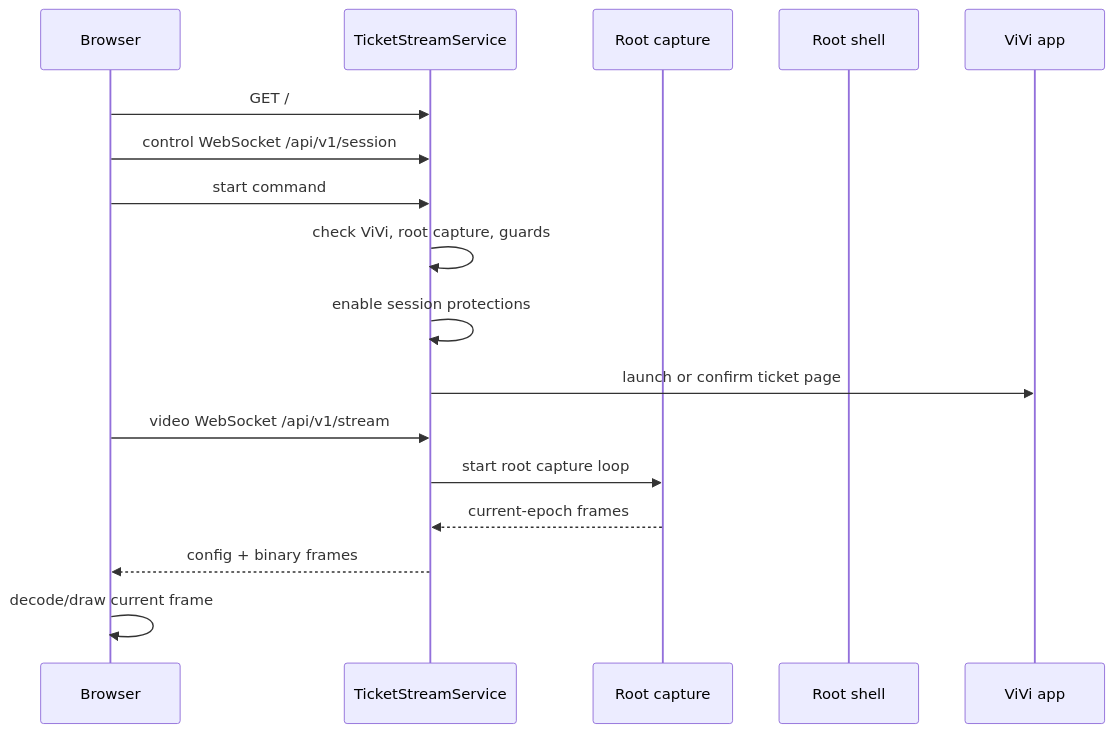
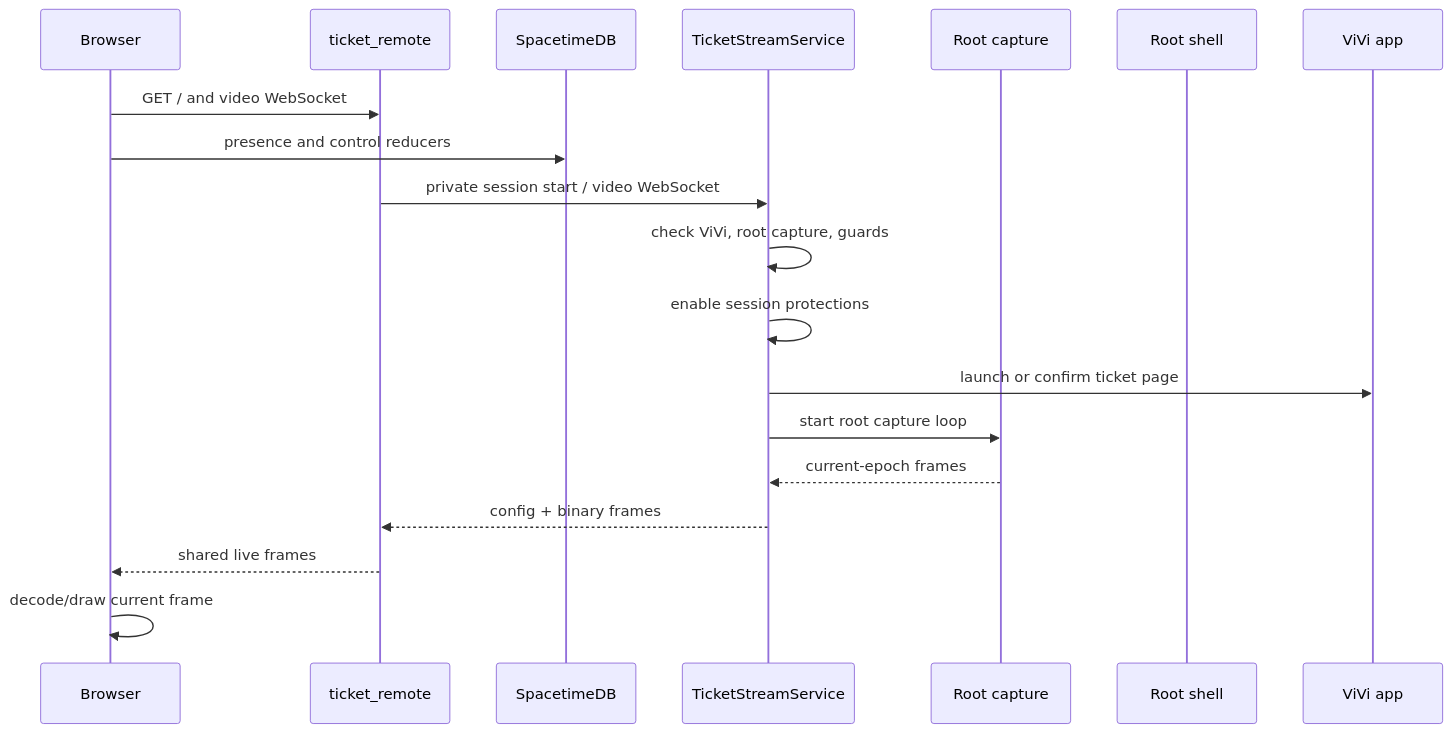
Before and after one commit to ropepop/pixel-phone: the diagram in docs/architecture/TICKET_STREAMING_ARCHITECTURE.md, drawn with Mermaid. The commit also changed other lines of this file and 830 other files, not shown here.

````diff
--- a/docs/architecture/TICKET_STREAMING_ARCHITECTURE.md
+++ b/docs/architecture/TICKET_STREAMING_ARCHITECTURE.md
@@ -18,20 +18,22 @@
 ```mermaid
 sequenceDiagram
   participant Operator as Browser
+  participant Public as ticket_remote
+  participant DB as SpacetimeDB
   participant Service as TicketStreamService
   participant Capture as Root capture
   participant Root as Root shell
   participant Vivi as ViVi app
 
-  Operator->>Service: GET /
-  Operator->>Service: control WebSocket /api/v1/session
-  Operator->>Service: start command
+  Operator->>Public: GET / and video WebSocket
+  Operator->>DB: presence and control reducers
+  Public->>Service: private session start / video WebSocket
   Service->>Service: check ViVi, root capture, guards
   Service->>Service: enable session protections
   Service->>Vivi: launch or confirm ticket page
-  Operator->>Service: video WebSocket /api/v1/stream
   Service->>Capture: start root capture loop
   Capture-->>Service: current-epoch frames
-  Service-->>Operator: config + binary frames
+  Service-->>Public: config + binary frames
+  Public-->>Operator: shared live frames
   Operator->>Operator: decode/draw current frame
 ```
````
